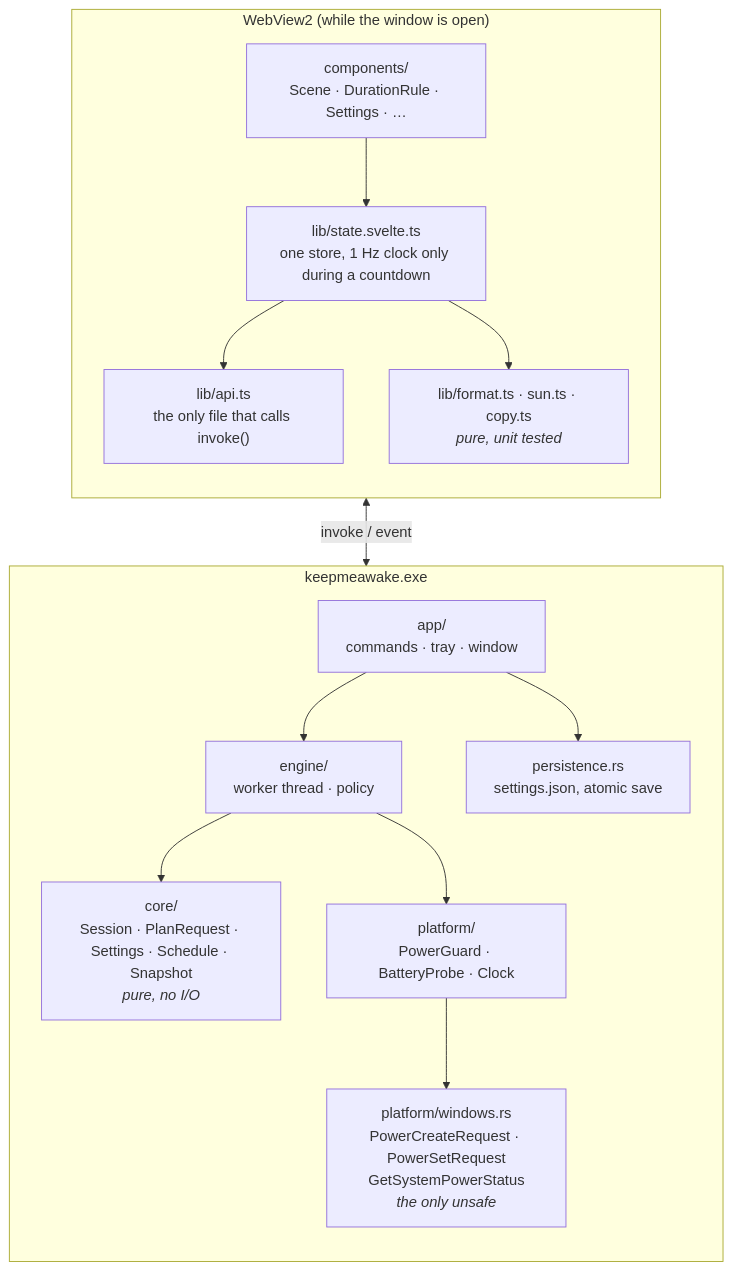
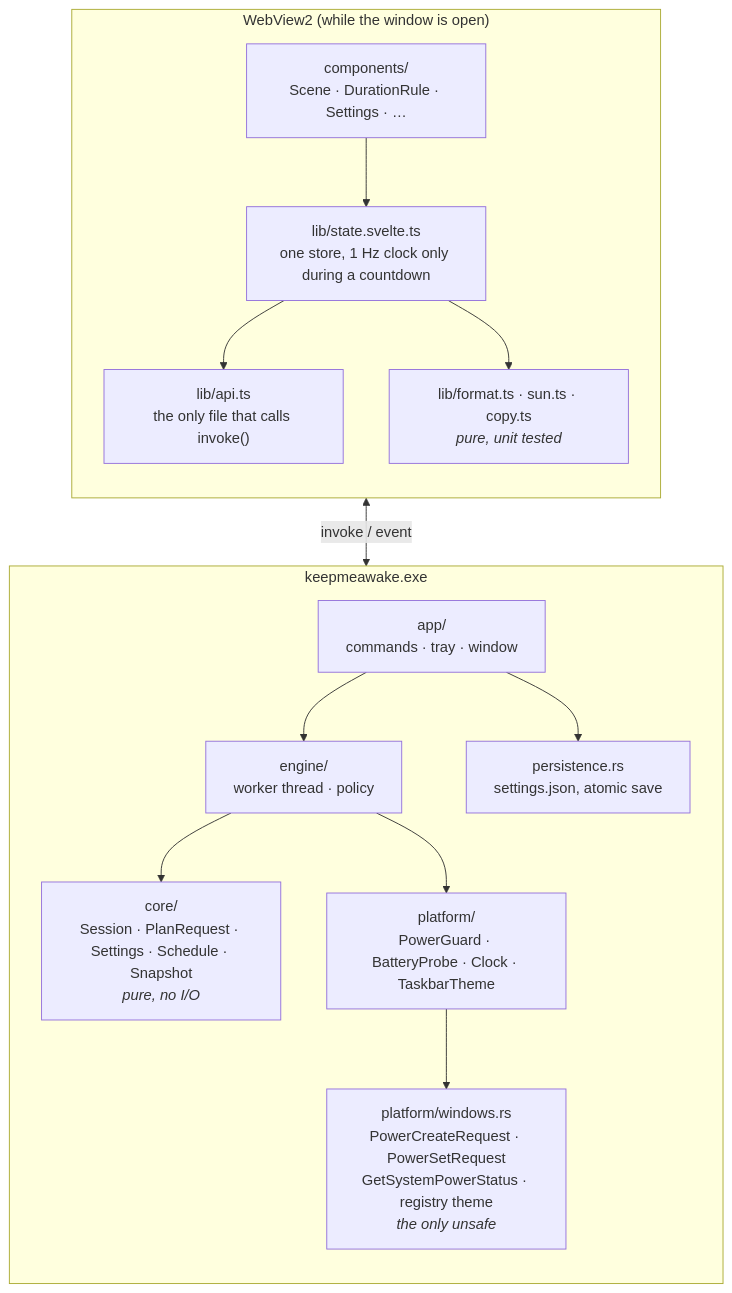
The first of 6 diagrams in docs/architecture.md (ax5hay/KeepMeAwake), drawn with Mermaid before and after one commit. The commit also changed other lines of this file and 4 other files, not shown here.

First line of the commit message:
docs: tray icons follow the taskbar theme

````diff
--- a/docs/architecture.md
+++ b/docs/architecture.md
@@ -9,25 +9,25 @@
 ```mermaid
 flowchart TB
     subgraph exe["keepmeawake.exe"]
         direction TB
         app["app/<br/>commands · tray · window"]
         engine["engine/<br/>worker thread · policy"]
         core["core/<br/>Session · PlanRequest · Settings · Schedule · Snapshot<br/><i>pure, no I/O</i>"]
-        platform["platform/<br/>PowerGuard · BatteryProbe · Clock"]
-        win["platform/windows.rs<br/>PowerCreateRequest · PowerSetRequest<br/>GetSystemPowerStatus<br/><i>the only unsafe</i>"]
+        platform["platform/<br/>PowerGuard · BatteryProbe · Clock · TaskbarTheme"]
+        win["platform/windows.rs<br/>PowerCreateRequest · PowerSetRequest<br/>GetSystemPowerStatus · registry theme<br/><i>the only unsafe</i>"]
         persist["persistence.rs<br/>settings.json, atomic save"]
         app --> engine --> core
         engine --> platform --> win
         app --> persist
     end
     subgraph webview["WebView2 (while the window is open)"]
         direction TB
         api["lib/api.ts<br/>the only file that calls invoke()"]
         store["lib/state.svelte.ts<br/>one store, 1 Hz clock only during a countdown"]
         pure["lib/format.ts · sun.ts · copy.ts<br/><i>pure, unit tested</i>"]
         ui["components/<br/>Scene · DurationRule · Settings · …"]
         ui --> store --> api
         store --> pure
     end
     api <-->|"invoke / event"| app
 ```
````
